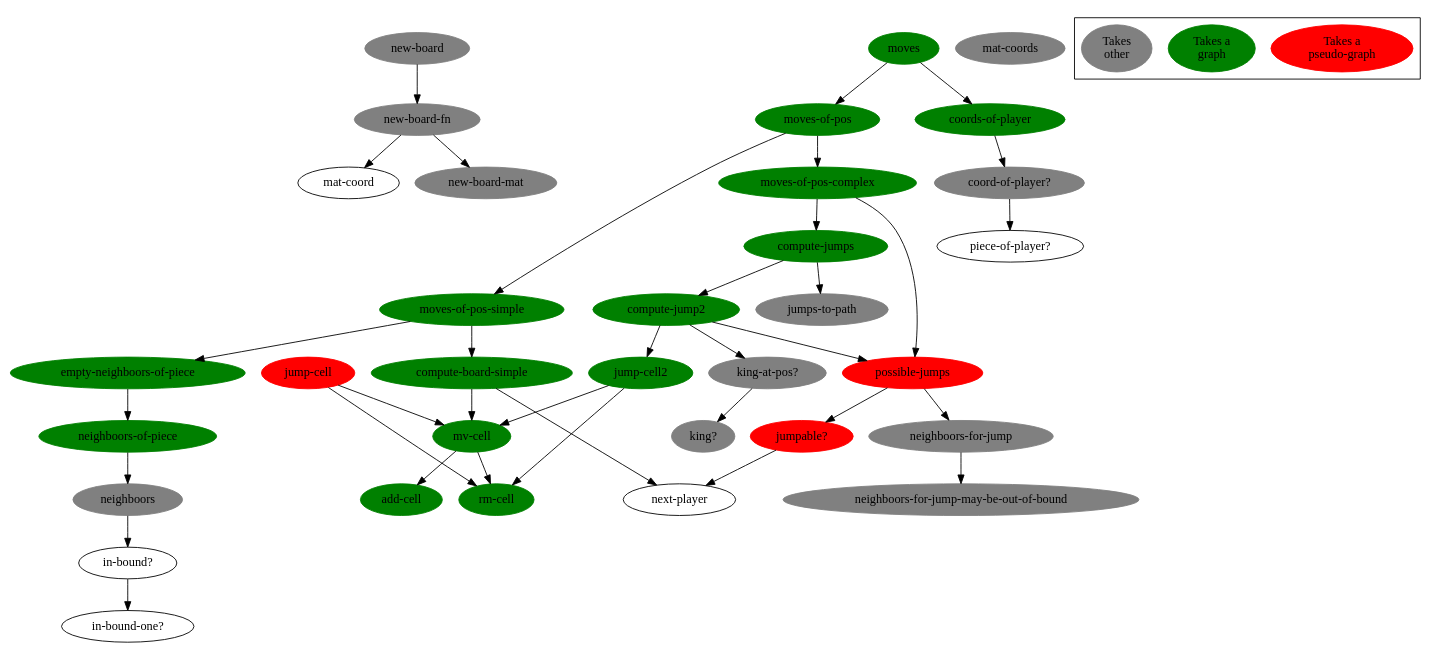
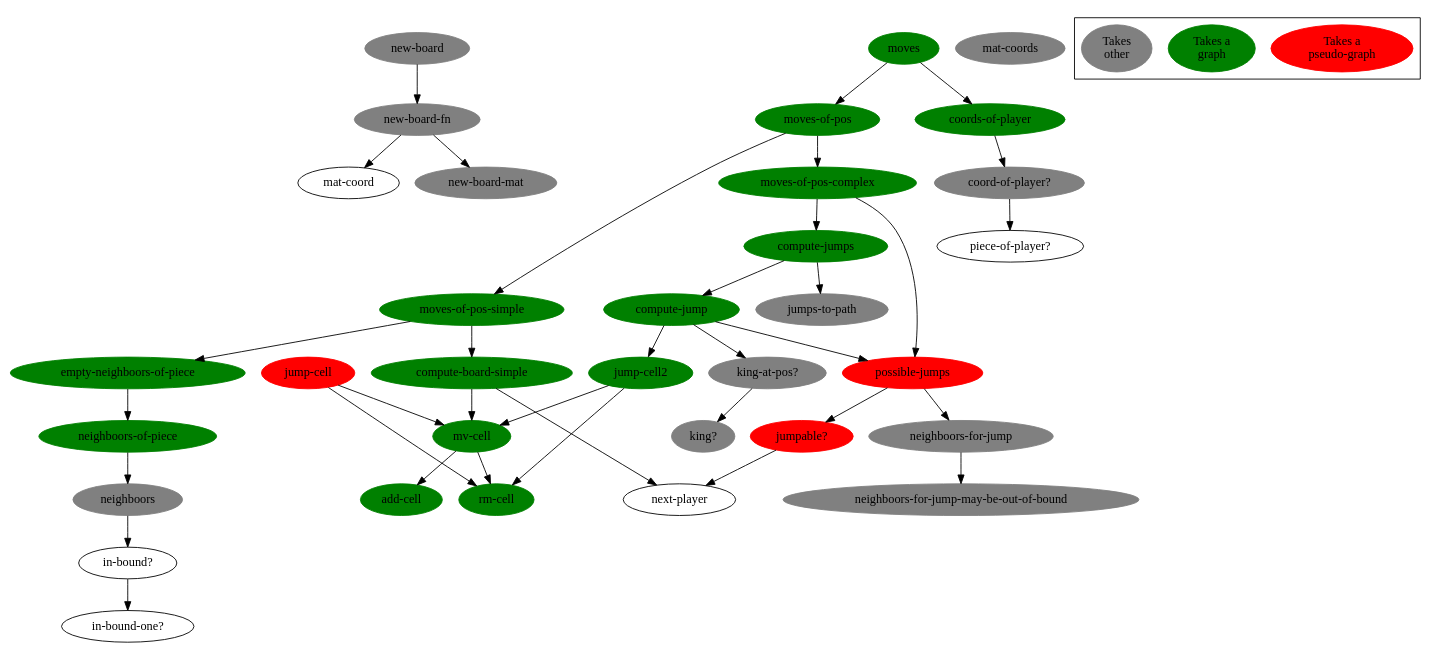
One commit to denlab/clojure-plays-checkers changed the diagram in doc/function-graph-detailled.dot. Above: the diagram before and after it, drawn with Graphviz. The commit also changed 1 other file, not shown here.

Commit message:
refacto-in-progress: renamed compute-jump2 -> compute-jump

```diff
--- a/doc/function-graph-detailled.dot
+++ b/doc/function-graph-detailled.dot
@@ -1,117 +1,117 @@
 digraph funtions {
 
 /******************************************************************************
  *                         edges                                              *         
  ******************************************************************************/
 
         "new-board-fn" -> "mat-coord";
         "new-board-fn" -> "new-board-mat";
         
         "new-board" -> "new-board-fn";
 
         "in-bound?" -> "in-bound-one?";
 
         "neighboors" -> "in-bound?";
 
         "neighboors-of-piece" -> "neighboors";
 
         "empty-neighboors-of-piece" -> "neighboors-of-piece";
 
         "mv-cell" -> "rm-cell";
         "mv-cell" -> "add-cell";
 
         "compute-board-simple" -> "mv-cell";
         "compute-board-simple" -> "next-player";
 
         "moves-of-pos-simple" -> "compute-board-simple";
         "moves-of-pos-simple" ->  "empty-neighboors-of-piece";
         
         "neighboors-for-jump" -> "neighboors-for-jump-may-be-out-of-bound";
 
         "jumpable?" -> "next-player";
 
         "possible-jumps" -> "jumpable?";
         "possible-jumps" -> "neighboors-for-jump";
 
         "jump-cell" -> "rm-cell";
         "jump-cell" -> "mv-cell";
 
         "jump-cell2" -> "rm-cell";
         "jump-cell2" -> "mv-cell";
 
         "king-at-pos?" -> "king?";
 
-        "compute-jump2" -> "jump-cell2";
-        "compute-jump2" -> "possible-jumps";
-        "compute-jump2" -> "king-at-pos?";
+        "compute-jump" -> "jump-cell2";
+        "compute-jump" -> "possible-jumps";
+        "compute-jump" -> "king-at-pos?";
 
-        "compute-jumps" -> "compute-jump2";
+        "compute-jumps" -> "compute-jump";
         "compute-jumps" -> "jumps-to-path";
 
         "moves-of-pos-complex" -> "compute-jumps";
         "moves-of-pos-complex" -> "possible-jumps";
 
         "moves-of-pos" -> "moves-of-pos-simple";
         "moves-of-pos" -> "moves-of-pos-complex";
 
         "coord-of-player?" -> "piece-of-player?";
 
         "coords-of-player" -> "coord-of-player?";
 
         "moves" -> "moves-of-pos";
         "moves" -> "coords-of-player";
 
 /******************************************************************************
  *                         nodes                                              *         
  ******************************************************************************/
 
         "moves"[bgcolor=green color=green style=filled];
         "coords-of-player"[bgcolor=green color=green style=filled];
         "moves-of-pos"[bgcolor=green color=green style=filled];
         "moves-of-pos-complex"[bgcolor=green color=green style=filled];
         "moves-of-pos-simple"[bgcolor=green color=green style=filled];
         "compute-board-simple"[bgcolor=green color=green style=filled];
         "mv-cell"[bgcolor=green color=green style=filled];
         "add-cell"[bgcolor=green color=green style=filled];
         "rm-cell"[bgcolor=green color=green style=filled];
         "empty-neighboors-of-piece"[bgcolor=green color=green style=filled];
         "neighboors-of-piece"[bgcolor=green color=green style=filled];
 
-        "compute-jump2"[bgcolor=green color=green style=filled];
+        "compute-jump"[bgcolor=green color=green style=filled];
 
         "jump-cell"[bgcolor=red color=red style=filled];
         "jump-cell2"[bgcolor=green color=green style=filled];
         "possible-jumps"[bgcolor=red color=red style=filled];
         "jumpable?"[bgcolor=red color=red style=filled];
 
         "coord-of-player?"[bgcolor=grey color=grey style=filled];
         "jumps-to-path"[bgcolor=grey color=grey style=filled];
         "king-at-pos?"[bgcolor=grey color=grey style=filled];
         "king?"[bgcolor=grey color=grey style=filled];
         "neighboors-for-jump"[bgcolor=grey color=grey style=filled];
         "neighboors-for-jump-may-be-out-of-bound"[bgcolor=grey color=grey style=filled];
         "neighboors"[bgcolor=grey color=grey style=filled];
         "new-board"[bgcolor=grey color=grey style=filled];
         "new-board-fn"[bgcolor=grey color=grey style=filled];
         "new-board-mat"[bgcolor=grey color=grey style=filled];
         "mat-coords"[bgcolor=grey color=grey style=filled];
 
 
         "compute-jumps"[bgcolor=green color=green style=filled];
 
 /******************************************************************************
  *                         legend                                             *         
  ******************************************************************************/
 
         "Takes a\npseudo-graph"[bgcolor=red color=red style=filled];
         "Takes a\ngraph"[bgcolor=green color=green style=filled];
 //        "Takes\nother"[bgcolor="#94003f" color="#94003f" style=filled];
         "Takes\nother"[bgcolor=grey color=grey style=filled];
 
         subgraph "cluster-legend" {
                 "Takes a\npseudo-graph";
                 "Takes a\ngraph";
                 "Takes\nother";
         }
 
 }
```
